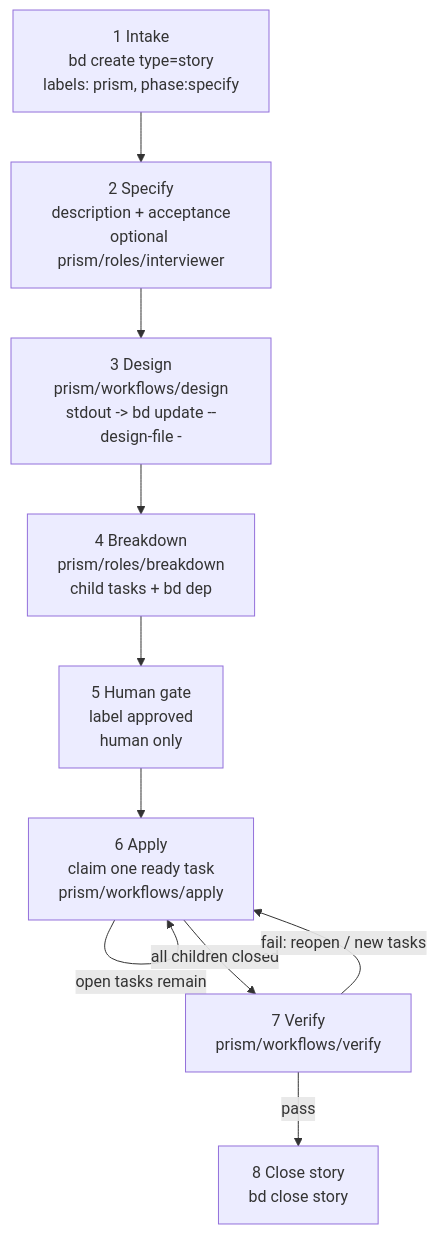
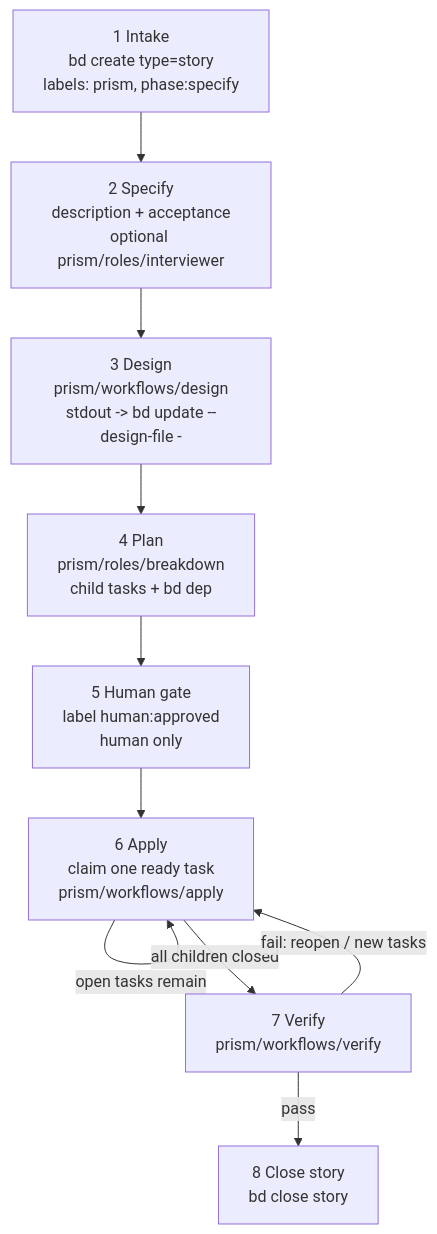
One commit to baldaworks/prism changed the diagram in plugins/prism/skills/lifecycle/references/lifecycle.md. Above: the diagram before and after it, drawn with Mermaid. The commit also changed other lines of this file and 24 other files, not shown here.

````diff
--- a/plugins/prism/skills/lifecycle/references/lifecycle.md
+++ b/plugins/prism/skills/lifecycle/references/lifecycle.md
@@ -11,21 +11,21 @@
 ```mermaid
 flowchart TB
   I["1 Intake<br/>bd create type=story<br/>labels: prism, phase:specify"]
   S["2 Specify<br/>description + acceptance<br/>optional prism/roles/interviewer"]
   D["3 Design<br/>prism/workflows/design<br/>stdout -> bd update --design-file -"]
-  B["4 Breakdown<br/>prism/roles/breakdown<br/>child tasks + bd dep"]
-  H["5 Human gate<br/>label approved<br/>human only"]
+  B["4 Plan<br/>prism/roles/breakdown<br/>child tasks + bd dep"]
+  H["5 Human gate<br/>label human:approved<br/>human only"]
   A["6 Apply<br/>claim one ready task<br/>prism/workflows/apply"]
   V["7 Verify<br/>prism/workflows/verify"]
   C["8 Close story<br/>bd close story"]
 
   I --> S
   S --> D
   D --> B
   B --> H
   H --> A
   A -->|"open tasks remain"| A
   A -->|"all children closed"| V
   V -->|"fail: reopen / new tasks"| A
   V -->|"pass"| C
 ```
````
